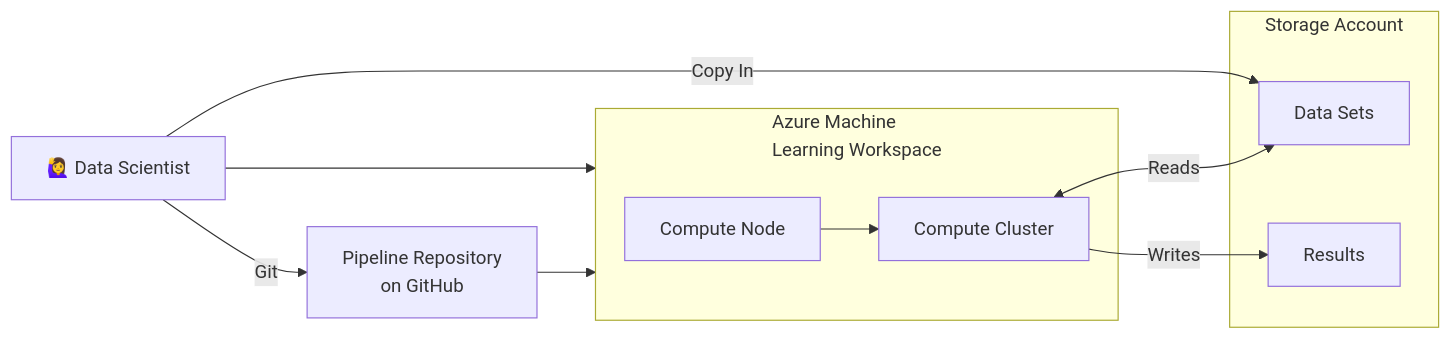
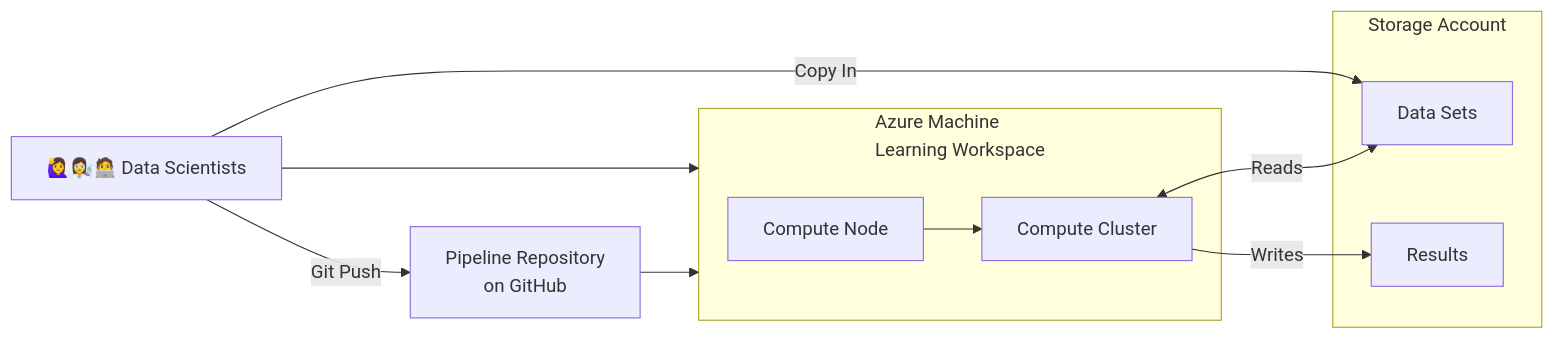
The second of 2 diagrams in azure-deployment/README.md (Internet2/class-adv-spr2024-aiml), drawn with Mermaid before and after one commit. The commit also changed other lines of this file, not shown here.

Commit message:
Updating diagrams

````diff
--- a/azure-deployment/README.md
+++ b/azure-deployment/README.md
@@ -23,18 +27,18 @@
 ```mermaid
 graph LR;
-  scientist[🙋‍♀️ Data Scientist] --Git--> repo[Pipeline Repository\non GitHub]
+  scientist[🙋‍♀️👩‍🔬🧑‍💻 Data Scientists] --Git Push--> repo[Pipeline Repository\non GitHub]
   scientist -->azml
   scientist --Copy In-->data
   subgraph azml[Azure Machine\nLearning Workspace]
     compute[Compute Node]
     computeC[Compute Cluster]
   end
   repo --> azml
   compute[Compute Node ] -->computeC[Compute Cluster]
   computeC --Writes-->results
   computeC <--Reads--> data
   subgraph sa[Storage Account]
     results[Results]
     data[Data Sets]
   end
 ```
````
